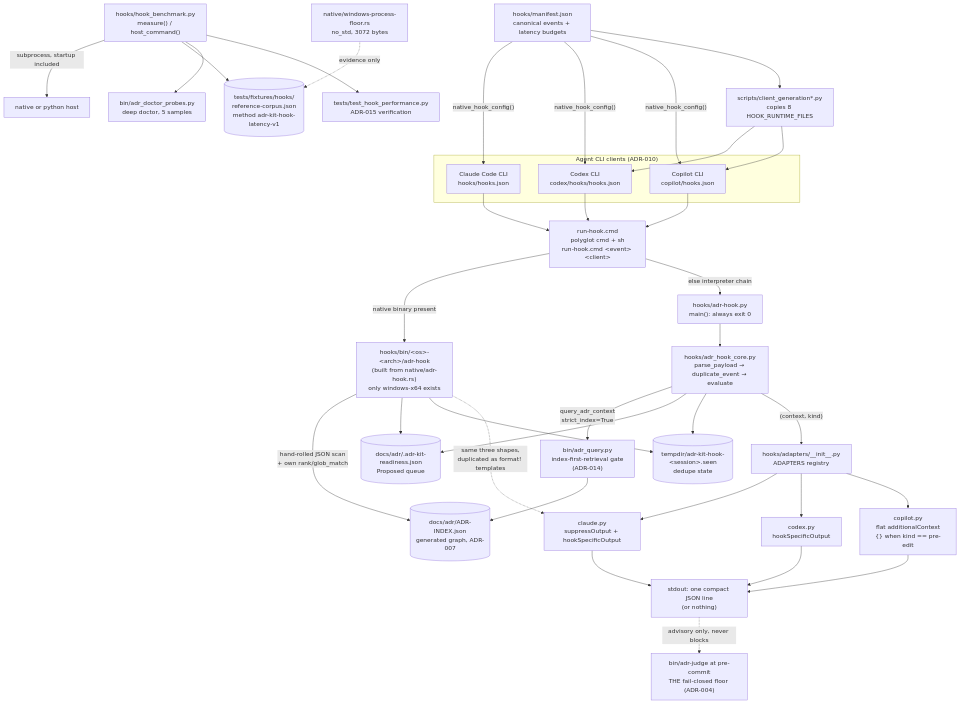
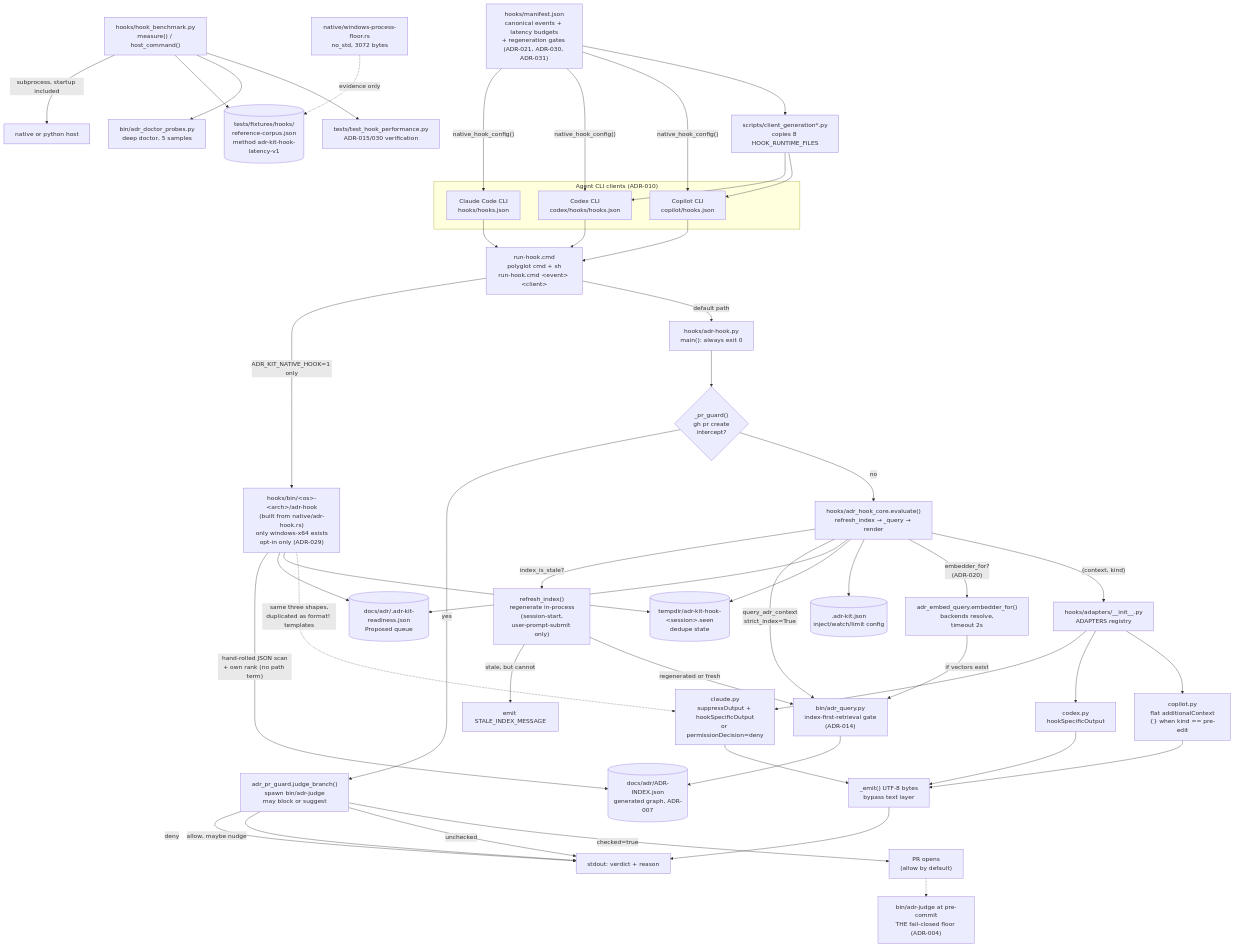
The diagram in C4-Documentation/c4-code-hooks.md (rvdbreemen/adr-kit), drawn with Mermaid before and after one commit. The commit also changed other lines of this file and 19 other files, not shown here.

First line of the commit message:
docs(c4): refresh the architecture set against current source, add the two missing levels

````diff
--- a/C4-Documentation/c4-code-hooks.md
+++ b/C4-Documentation/c4-code-hooks.md
@@ -323,55 +399,71 @@
 ```mermaid
 flowchart TD
     subgraph clients["Agent CLI clients (ADR-010)"]
         CC["Claude Code CLI<br/>hooks/hooks.json"]
         CX["Codex CLI<br/>codex/hooks/hooks.json"]
         CP["Copilot CLI<br/>copilot/hooks.json"]
     end
 
     CC --> DISP
     CX --> DISP
     CP --> DISP
 
     DISP["run-hook.cmd<br/>polyglot cmd + sh<br/>run-hook.cmd &lt;event&gt; &lt;client&gt;"]
 
-    DISP -->|"native binary present"| NATIVE["hooks/bin/&lt;os&gt;-&lt;arch&gt;/adr-hook<br/>(built from native/adr-hook.rs)<br/>only windows-x64 exists"]
-    DISP -->|"else interpreter chain"| PY["hooks/adr-hook.py<br/>main(): always exit 0"]
+    DISP -->|"ADR_KIT_NATIVE_HOOK=1 only"| NATIVE["hooks/bin/&lt;os&gt;-&lt;arch&gt;/adr-hook<br/>(built from native/adr-hook.rs)<br/>only windows-x64 exists<br/>opt-in only (ADR-029)"]
+    DISP -->|"default path"| PY["hooks/adr-hook.py<br/>main(): always exit 0"]
 
-    PY --> CORE["hooks/adr_hook_core.py<br/>parse_payload → duplicate_event → evaluate"]
+    PY --> PRGUARD{"_pr_guard()<br/>gh pr create<br/>intercept?"}
+    PRGUARD -->|yes| JUDGE["adr_pr_guard.judge_branch()<br/>spawn bin/adr-judge<br/>may block or suggest"]
+    PRGUARD -->|no| CORE["hooks/adr_hook_core.evaluate()<br/>refresh_index → _query → render"]
+
+    JUDGE -->|deny| OUT["stdout: verdict + reason"]
+    JUDGE -->|allow, maybe nudge| OUT
+    JUDGE -->|unchecked| OUT
+
+    CORE -->|"index_is_stale?"| REFRESH["refresh_index()<br/>regenerate in-process<br/>(session-start,<br/>user-prompt-submit only)"]
+    REFRESH -->|"stale, but cannot"| STALE["emit STALE_INDEX_MESSAGE"]
+    REFRESH -->|"regenerated or fresh"| QUERY
+
     CORE -->|"query_adr_context<br/>strict_index=True"| QUERY["bin/adr_query.py<br/>index-first-retrieval gate<br/>(ADR-014)"]
     QUERY --> INDEX[("docs/adr/ADR-INDEX.json<br/>generated graph, ADR-007")]
     CORE --> QUEUE[("docs/adr/.adr-kit-readiness.json<br/>Proposed queue")]
     CORE --> SEEN[("tempdir/adr-kit-hook-&lt;session&gt;.seen<br/>dedupe state")]
+    CORE --> CONFIG[(".adr-kit.json<br/>inject/watch/limit config")]
 
-    NATIVE -->|"hand-rolled JSON scan<br/>+ own rank/glob_match"| INDEX
+    NATIVE -->|"hand-rolled JSON scan<br/>+ own rank (no path term)"| INDEX
     NATIVE --> QUEUE
     NATIVE --> SEEN
 
+    CORE -->|"embedder_for?<br/>(ADR-020)"| EMBED["adr_embed_query.embedder_for()<br/>backends resolve,<br/>timeout 2s"]
+    EMBED -->|"if vectors exist"| QUERY
+
     CORE -->|"(context, kind)"| AD["hooks/adapters/__init__.py<br/>ADAPTERS registry"]
-    AD --> ADC["claude.py<br/>suppressOutput + hookSpecificOutput"]
+    AD --> ADC["claude.py<br/>suppressOutput + hookSpecificOutput<br/>or permissionDecision=deny"]
     AD --> ADX["codex.py<br/>hookSpecificOutput"]
     AD --> ADP["copilot.py<br/>flat additionalContext<br/>{} when kind == pre-edit"]
     NATIVE -.->|"same three shapes,<br/>duplicated as format! templates"| ADC
 
-    ADC --> OUT["stdout: one compact JSON line<br/>(or nothing)"]
-    ADX --> OUT
-    ADP --> OUT
+    ADC --> EMIT["_emit() UTF-8 bytes<br/>bypass text layer"]
+    ADX --> EMIT
+    ADP --> EMIT
+    EMIT --> OUT
 
-    MAN["hooks/manifest.json<br/>canonical events + latency budgets"]
+    MAN["hooks/manifest.json<br/>canonical events + latency budgets<br/>+ regeneration gates (ADR-021, ADR-030, ADR-031)"]
     MAN -->|"native_hook_config()"| CC
     MAN -->|"native_hook_config()"| CX
     MAN -->|"native_hook_config()"| CP
     MAN --> GEN["scripts/client_generation*.py<br/>copies 8 HOOK_RUNTIME_FILES"]
     GEN --> CX
     GEN --> CP
 
     BENCH["hooks/hook_benchmark.py<br/>measure() / host_command()"]
     BENCH -->|"subprocess, startup included"| DISPBIN["native or python host"]
     BENCH --> FIX[("tests/fixtures/hooks/<br/>reference-corpus.json<br/>method adr-kit-hook-latency-v1")]
     BENCH --> DOCTOR["bin/adr_doctor_probes.py<br/>deep doctor, 5 samples"]
-    BENCH --> TESTS["tests/test_hook_performance.py<br/>ADR-015 verification"]
+    BENCH --> TESTS["tests/test_hook_performance.py<br/>ADR-015/030 verification"]
     FLOOR["native/windows-process-floor.rs<br/>no_std, 3072 bytes"] -.->|"evidence only"| FIX
 
-    JUDGE["bin/adr-judge at pre-commit<br/>THE fail-closed floor (ADR-004)"]
-    OUT -.->|"advisory only, never blocks"| JUDGE
+    JUDGE -->|"checked=true"| PR["PR opens<br/>(allow by default)"]
+    PR -.-> COMMIT["bin/adr-judge at pre-commit<br/>THE fail-closed floor (ADR-004)"]
 ```
````
